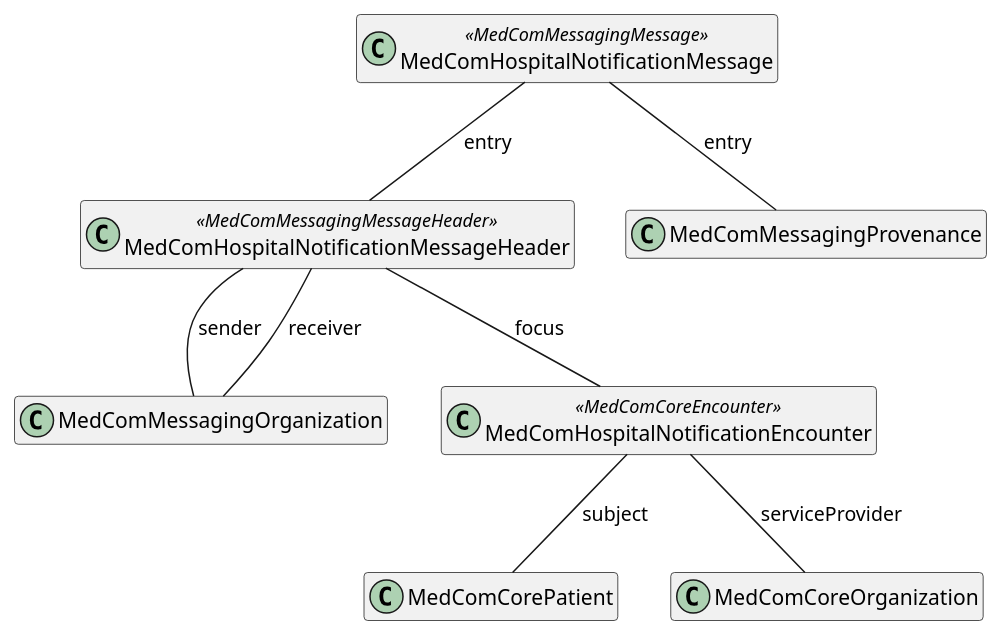
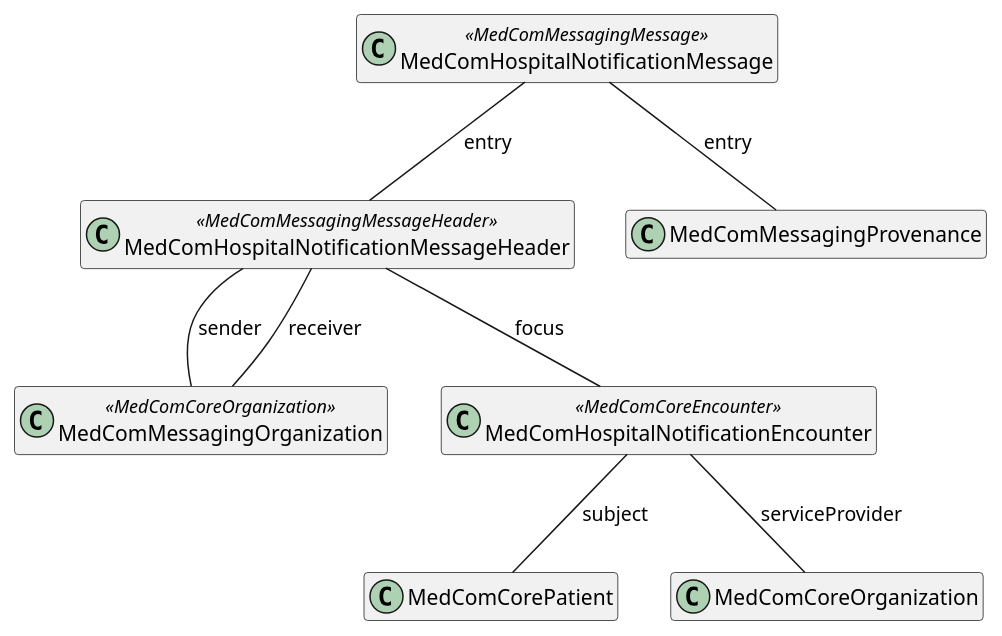
Before and after one commit to medcomdk/dk-medcom-hospitalnotification: the diagram in puml/HospitalNotification.puml, drawn with PlantUML. The commit also changed 90 other files, not shown here.

```diff
--- a/puml/HospitalNotification.puml
+++ b/puml/HospitalNotification.puml
@@ -1,22 +1,22 @@
 @startuml HospitalNotification
 
 hide empty members
 
 class "MedComHospitalNotificationMessage" as message <<MedComMessagingMessage>>
 class "MedComHospitalNotificationMessageHeader" as messageHeader <<MedComMessagingMessageHeader>>
-class "MedComMessagingOrganization" as organization
+class "MedComMessagingOrganization" as organization <<MedComCoreOrganization>>
 class "MedComCorePatient" as patient
 class "MedComHospitalNotificationEncounter" as encounter <<MedComCoreEncounter>>
 class "MedComMessagingProvenance" as provenance
 class "MedComCoreOrganization" as serviceProvider
 
 message -- messageHeader : "entry"
 messageHeader -- encounter : "focus"
 encounter -- patient : "subject"
 encounter -- serviceProvider : "serviceProvider"
 message -- provenance : "entry"
 
 messageHeader -- organization : "sender"
 messageHeader -- organization : "receiver"
 
 @enduml
```
